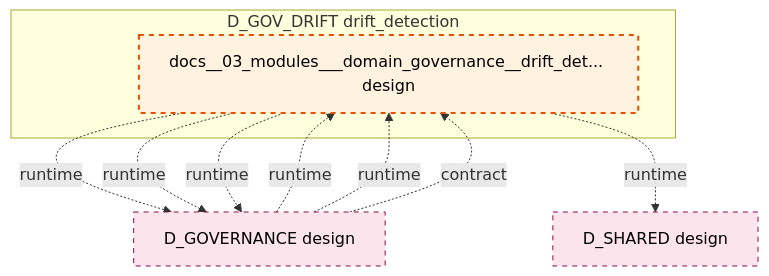
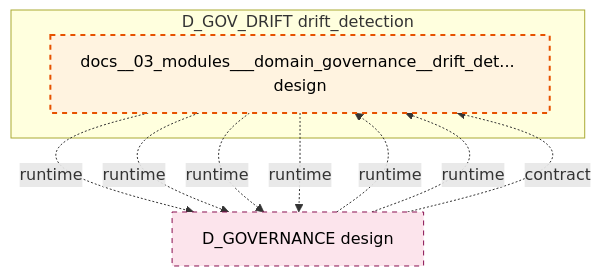
Before and after one commit to xuanFelixVan/ZephyrAlpha: the diagram in docs/02_enterprise_architecture/02_domain_architecture_docs/34_d_gov_drift.md, drawn with Mermaid. The commit also changed other lines of this file and 100 other files, not shown here.

````diff
--- a/docs/02_enterprise_architecture/02_domain_architecture_docs/34_d_gov_drift.md
+++ b/docs/02_enterprise_architecture/02_domain_architecture_docs/34_d_gov_drift.md
@@ -47,21 +47,20 @@
 ```mermaid
 graph TD
     subgraph D_GOV_DRIFT["D_GOV_DRIFT drift_detection"]
         docs_03_modules_domain_governance_drift_detector_blueprint_md["docs__03_modules___domain_governance__drift_det... design"]
     end
     D_GOVERNANCE["D_GOVERNANCE design"]
     docs_03_modules_domain_governance_drift_detector_blueprint_md -.->|runtime| D_GOVERNANCE
     docs_03_modules_domain_governance_drift_detector_blueprint_md -.->|runtime| D_GOVERNANCE
     docs_03_modules_domain_governance_drift_detector_blueprint_md -.->|runtime| D_GOVERNANCE
-    D_SHARED["D_SHARED design"]
-    docs_03_modules_domain_governance_drift_detector_blueprint_md -.->|runtime| D_SHARED
+    docs_03_modules_domain_governance_drift_detector_blueprint_md -.->|runtime| D_GOVERNANCE
     D_GOVERNANCE -.->|runtime| docs_03_modules_domain_governance_drift_detector_blueprint_md
     D_GOVERNANCE -.->|runtime| docs_03_modules_domain_governance_drift_detector_blueprint_md
     D_GOVERNANCE -.->|contract| docs_03_modules_domain_governance_drift_detector_blueprint_md
     classDef production fill:#e1f5fe,stroke:#01579b,stroke-width:2px,color:#000
     classDef design fill:#fff3e0,stroke:#e65100,stroke-width:2px,color:#000,stroke-dasharray: 5 5
     classDef external_prod fill:#e8f5e9,stroke:#1b5e20,stroke-width:1px,color:#000
     classDef external_design fill:#fce4ec,stroke:#880e4f,stroke-width:1px,color:#000,stroke-dasharray: 5 5
     class docs_03_modules_domain_governance_drift_detector_blueprint_md design
-    class D_GOVERNANCE,D_SHARED external_design
+    class D_GOVERNANCE external_design
 ```
````
